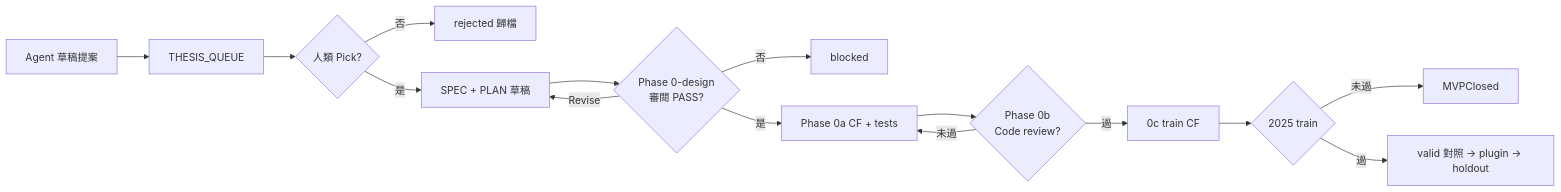
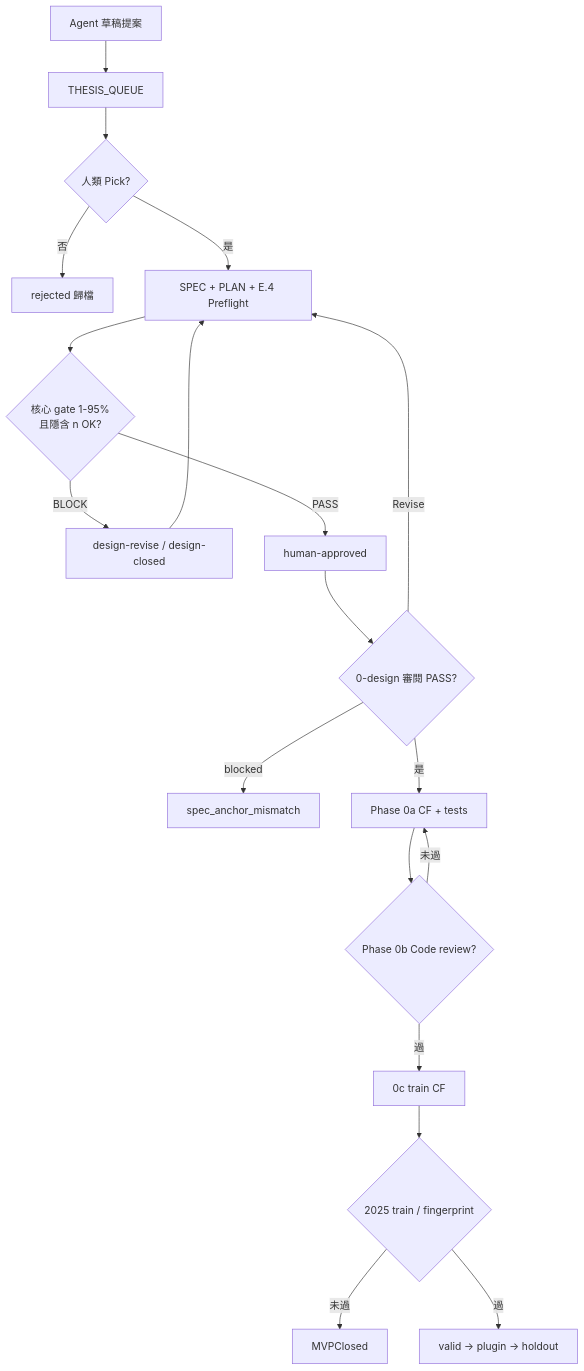
Before and after one commit to timhwchuang/tfx-trading: the diagram in docs/features/ai-backtest-tuning/ALPHA_RESEARCH_PLAYBOOK.md, drawn with Mermaid. The commit also changed other lines of this file and 17 other files, not shown here.

First line of the commit message:
docs(alpha): Playbook v1.6 Gate Coverage Preflight + AI 工具區同步

````diff
--- a/docs/features/ai-backtest-tuning/ALPHA_RESEARCH_PLAYBOOK.md
+++ b/docs/features/ai-backtest-tuning/ALPHA_RESEARCH_PLAYBOOK.md
@@ -40,17 +40,21 @@
 ```mermaid
-flowchart LR
+flowchart TD
   A[Agent 草稿提案] --> B[THESIS_QUEUE]
   B --> C{人類 Pick?}
   C -->|否| D[rejected 歸檔]
-  C -->|是| E[SPEC + PLAN 草稿]
-  E --> DR{Phase 0-design<br/>審閱 PASS?}
+  C -->|是| E[SPEC + PLAN + E.4 Preflight]
+  E --> PF{核心 gate 1-95%<br/>且隱含 n OK?}
+  PF -->|BLOCK| DR2[design-revise / design-closed]
+  DR2 --> E
+  PF -->|PASS| HA[human-approved]
+  HA --> DR{0-design 審閱 PASS?}
   DR -->|Revise| E
-  DR -->|否| D2[blocked]
+  DR -->|blocked| D2[spec_anchor_mismatch]
   DR -->|是| F[Phase 0a CF + tests]
-  F --> R{Phase 0b<br/>Code review?}
+  F --> R{Phase 0b Code review?}
   R -->|未過| F
   R -->|過| T[0c train CF]
-  T --> G{2025 train}
+  T --> G{2025 train / fingerprint}
   G -->|未過| H[MVPClosed]
-  G -->|過| I[valid 對照 → plugin → holdout]
+  G -->|過| I[valid → plugin → holdout]
 ```
````
